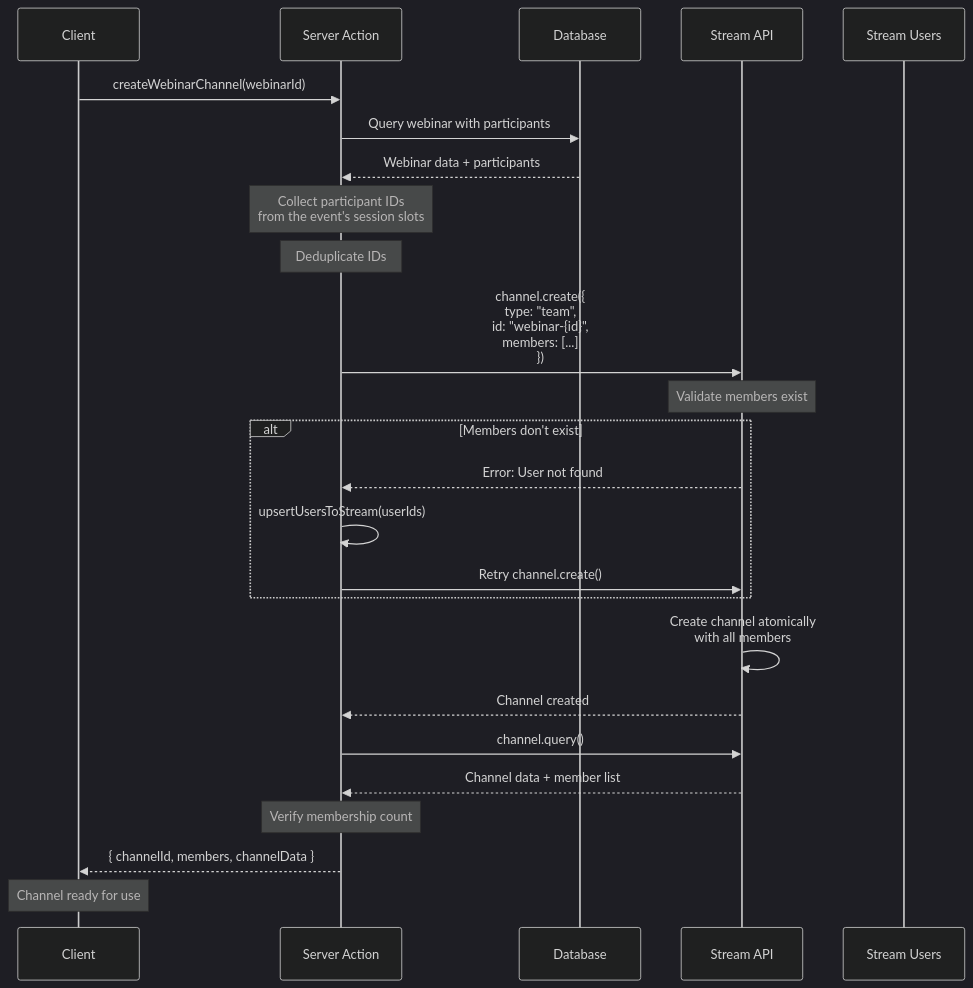
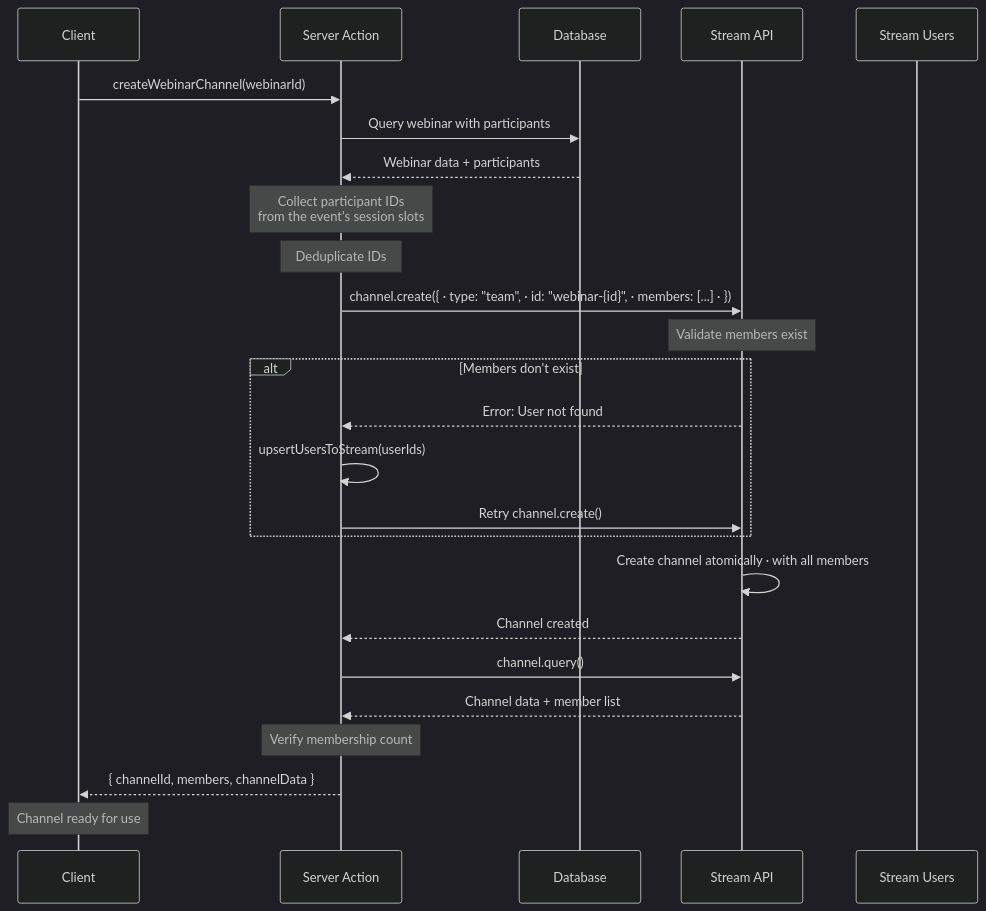
One commit to Practitionist/familiarise_web changed the diagram in docs/stream/04-chat-implementation.md. Above: the diagram before and after it, drawn with Mermaid (dark theme). The commit also changed other lines of this file and 244 other files, not shown here.

````diff
--- a/docs/stream/04-chat-implementation.md
+++ b/docs/stream/04-chat-implementation.md
@@ -448,37 +448,37 @@
 ```mermaid
 sequenceDiagram
     participant C as Client
     participant SA as Server Action
     participant DB as Database
     participant Stream as Stream API
     participant User as Stream Users
 
     C->>SA: createWebinarChannel(webinarId)
     SA->>DB: Query webinar with participants
     DB-->>SA: Webinar data + participants
 
     Note over SA: Collect participant IDs<br/>from the event's session slots
     Note over SA: Deduplicate IDs
 
-    SA->>Stream: channel.create({<br/>type: "team",<br/>id: "webinar-{id}",<br/>members: [...]<br/>})
+    SA->>Stream: channel.create({ · type: "team", · id: "webinar-{id}", · members: [...] · })
 
     Note over Stream: Validate members exist
 
     alt Members don't exist
         Stream-->>SA: Error: User not found
         SA->>SA: upsertUsersToStream(userIds)
         SA->>Stream: Retry channel.create()
     end
 
-    Stream->>Stream: Create channel atomically<br/>with all members
+    Stream->>Stream: Create channel atomically · with all members
     Stream-->>SA: Channel created
 
     SA->>Stream: channel.query()
     Stream-->>SA: Channel data + member list
 
     Note over SA: Verify membership count
 
     SA-->>C: { channelId, members, channelData }
 
     Note over C: Channel ready for use
 ```
````
